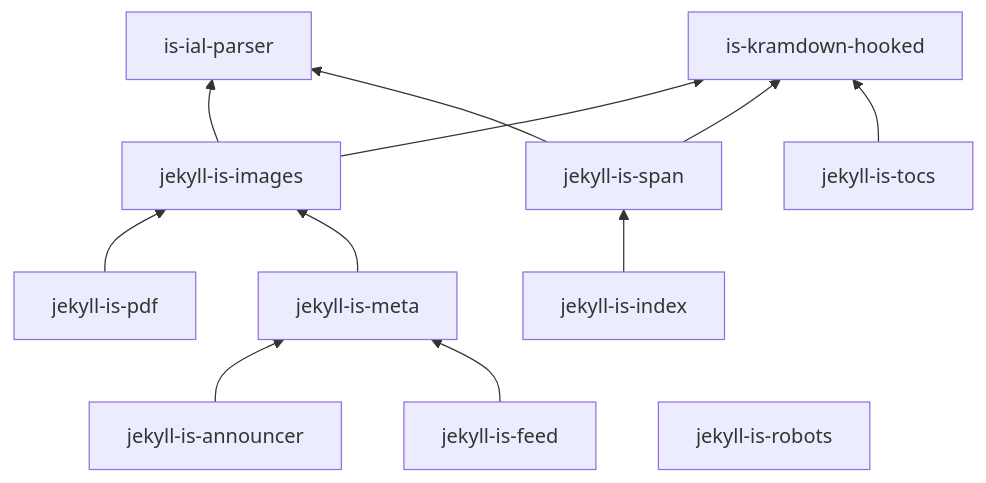
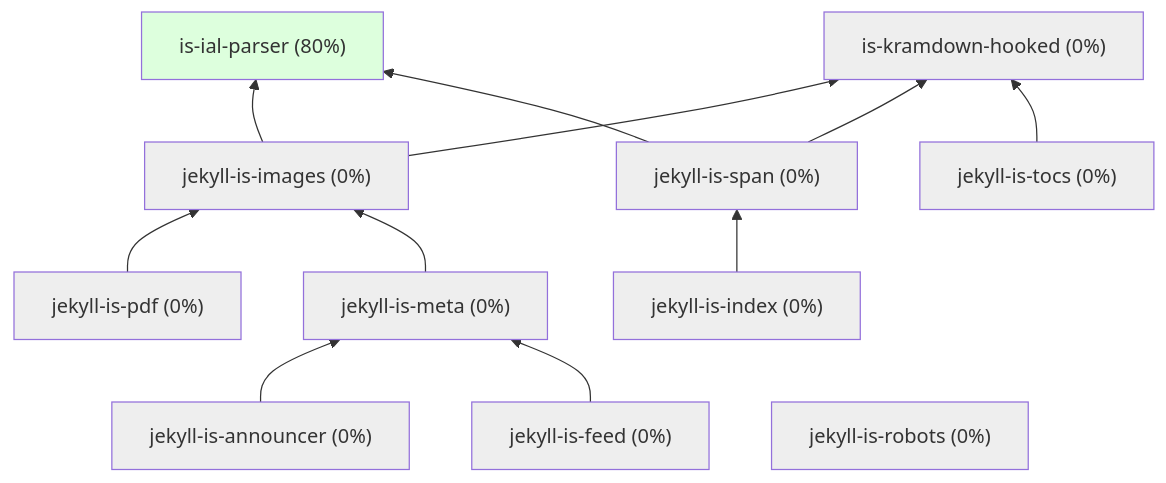
The diagram in README.md (jekyll-is/jekyll-is-ecosystem), drawn with Mermaid before and after one commit. The commit also changed other lines of this file, not shown here.

````diff
--- a/README.md
+++ b/README.md
@@ -8,26 +8,43 @@
 ```mermaid
 graph BT
-  images[jekyll-is-images] --> ial[is-ial-parser]
-  images --> kramdown[is-kramdown-hooked]
-  announcer[jekyll-is-announcer] --> meta
-  pdf[jekyll-is-pdf] --> images
-  meta[jekyll-is-meta] --> images
-  feed[jekyll-is-feed] --> meta
-  span[jekyll-is-span] --> ial
-  index[jekyll-is-index] --> span
+  ial["is-ial-parser (80%)"]
+  kramdown["is-kramdown-hooked (0%)"]
+  images["jekyll-is-images (0%)"] --> ial
+  images --> kramdown
+  announcer["jekyll-is-announcer (0%)"] --> meta
+  pdf["jekyll-is-pdf (0%)"] --> images
+  meta["jekyll-is-meta (0%)"] --> images
+  feed["jekyll-is-feed (0%)"] --> meta
+  span["jekyll-is-span (0%)"] --> ial
+  index["jekyll-is-index (0%)"] --> span
   span --> kramdown
-  tocs[jekyll-is-tocs] --> kramdown
-  robots[jekyll-is-robots]
+  tocs["jekyll-is-tocs (0%)"] --> kramdown
+  robots["jekyll-is-robots (0%)"]
 
 click ial "https://github.com/jekyll-is/is-ial-parser"
 click kramdown "https://github.com/jekyll-is/is-kramdown-hooked"
 click announcer "https://github.com/jekyll-is/jekyll-is-announcer"
 click images "https://github.com/jekyll-is/jekyll-is-images"
 click robots "https://github.com/jekyll-is/jekyll-is-robots"
 click meta "https://github.com/jekyll-is/jekyll-is-meta"
 click pdf "https://github.com/jekyll-is/jekyll-is-pdf"
 click tocs "https://github.com/jekyll-is/jekyll-is-tocs"
 click feed "https://github.com/jekyll-is/jekyll-is-feed"
 click index "https://github.com/jekyll-is/jekyll-is-index"
 click span "https://github.com/jekyll-is/jekyll-is-span"
+
+classDef green fill:#DFD
+classDef gray fill:#EEE
+
+class ial green
+class kramdown gray
+class images gray
+class announcer gray
+class pdf gray
+class span gray
+class index gray
+class feed gray
+class meta gray
+class robots gray
+class tocs gray
 ```
````
